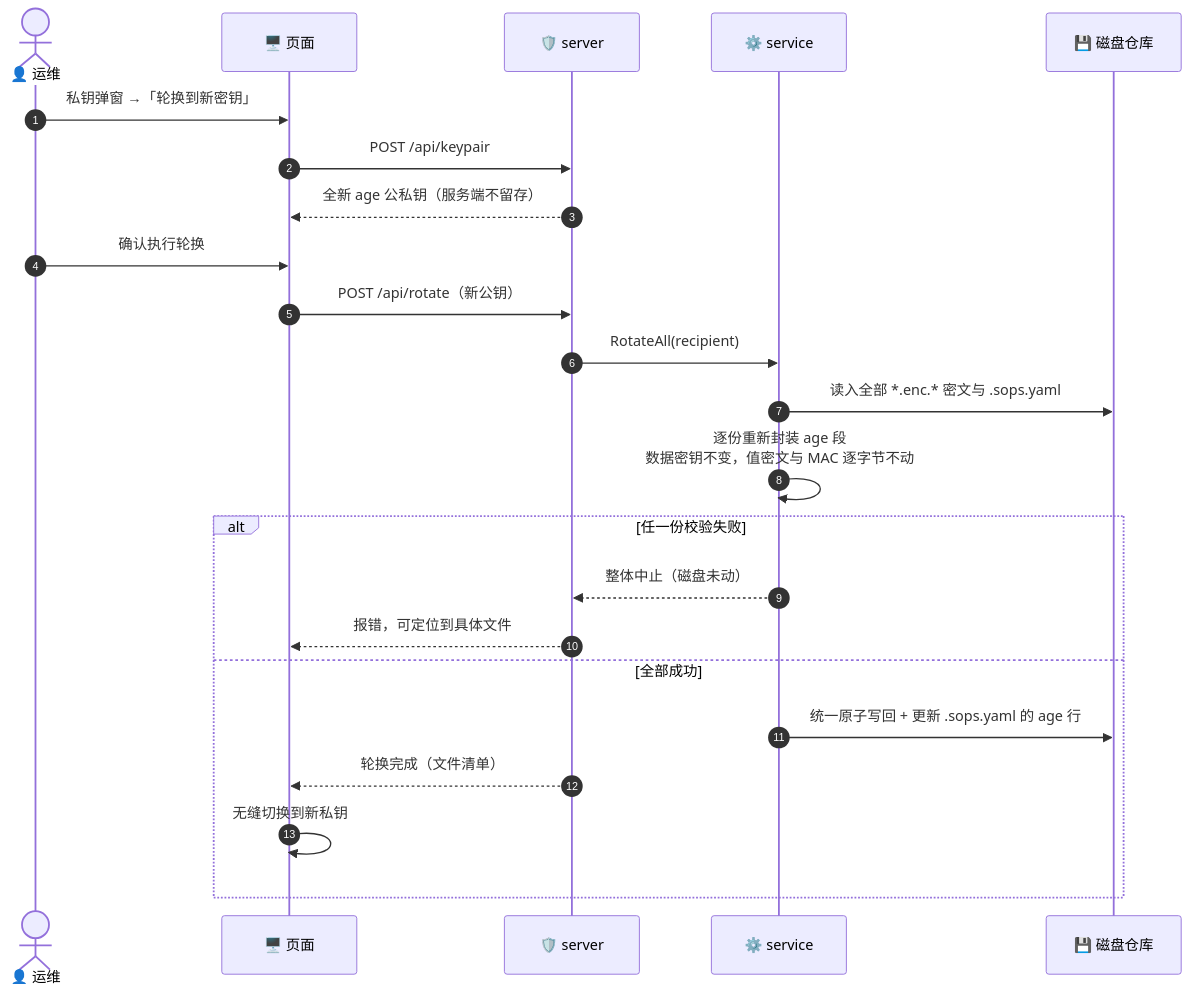
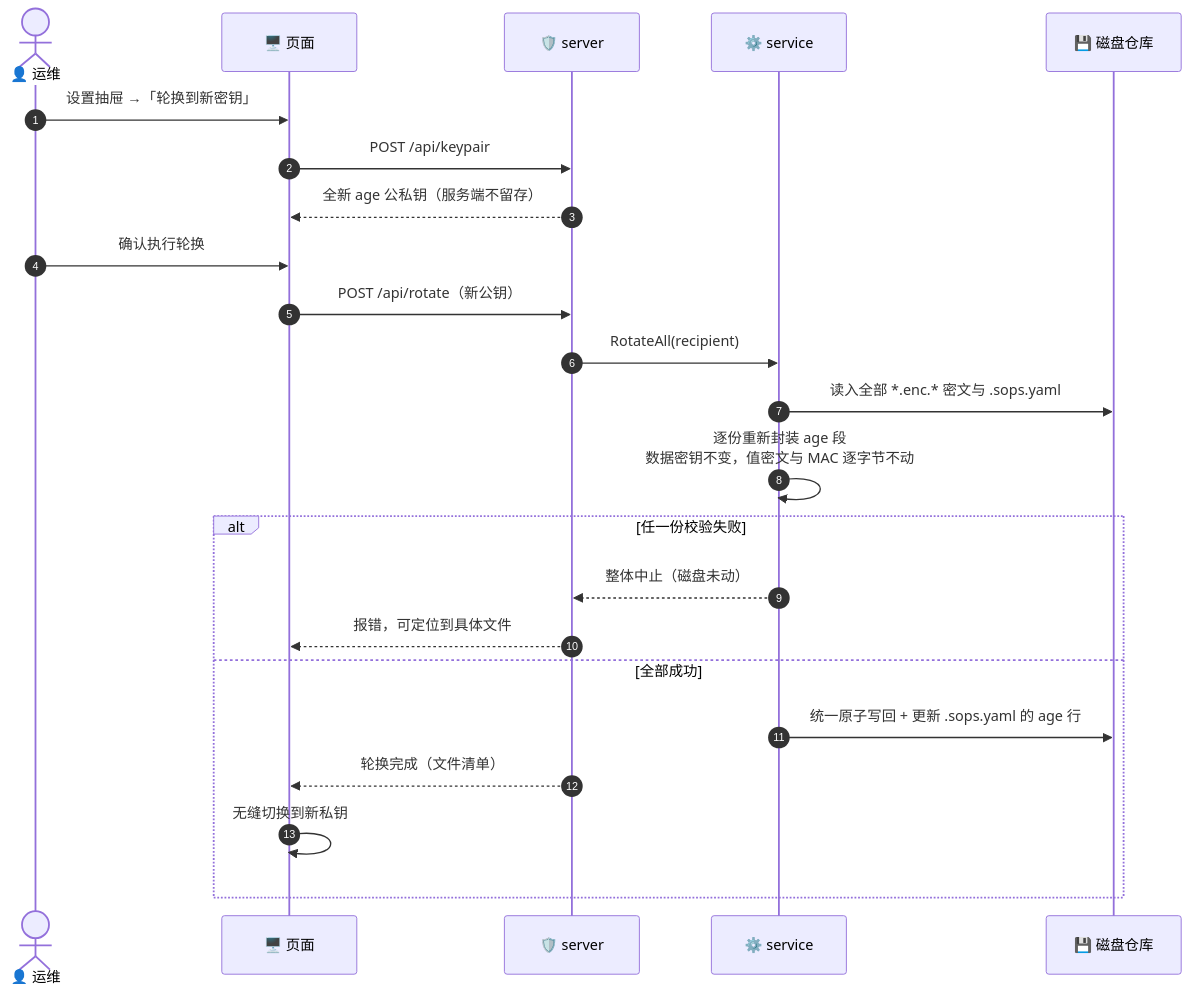
One commit to kamalyes/sops-fulla changed the second of 2 diagrams in README.md. Above: the diagram before and after it, drawn with Mermaid. The commit also changed other lines of this file and 5 other files, not shown here.

````diff
--- a/README.md
+++ b/README.md
@@ -170,26 +170,26 @@
 ```mermaid
 sequenceDiagram
     autonumber
     actor U as 👤 运维
     participant P as 🖥️ 页面
     participant S as 🛡️ server
     participant V as ⚙️ service
     participant D as 💾 磁盘仓库
 
-    U->>P: 私钥弹窗 →「轮换到新密钥」
+    U->>P: 设置抽屉 →「轮换到新密钥」
     P->>S: POST /api/keypair
     S-->>P: 全新 age 公私钥（服务端不留存）
     U->>P: 确认执行轮换
     P->>S: POST /api/rotate（新公钥）
     S->>V: RotateAll(recipient)
     V->>D: 读入全部 *.enc.* 密文与 .sops.yaml
     V->>V: 逐份重新封装 age 段<br/>数据密钥不变，值密文与 MAC 逐字节不动
     alt 任一份校验失败
         V-->>S: 整体中止（磁盘未动）
         S-->>P: 报错，可定位到具体文件
     else 全部成功
         V->>D: 统一原子写回 + 更新 .sops.yaml 的 age 行
         S-->>P: 轮换完成（文件清单）
         P->>P: 无缝切换到新私钥
     end
 ```
````
